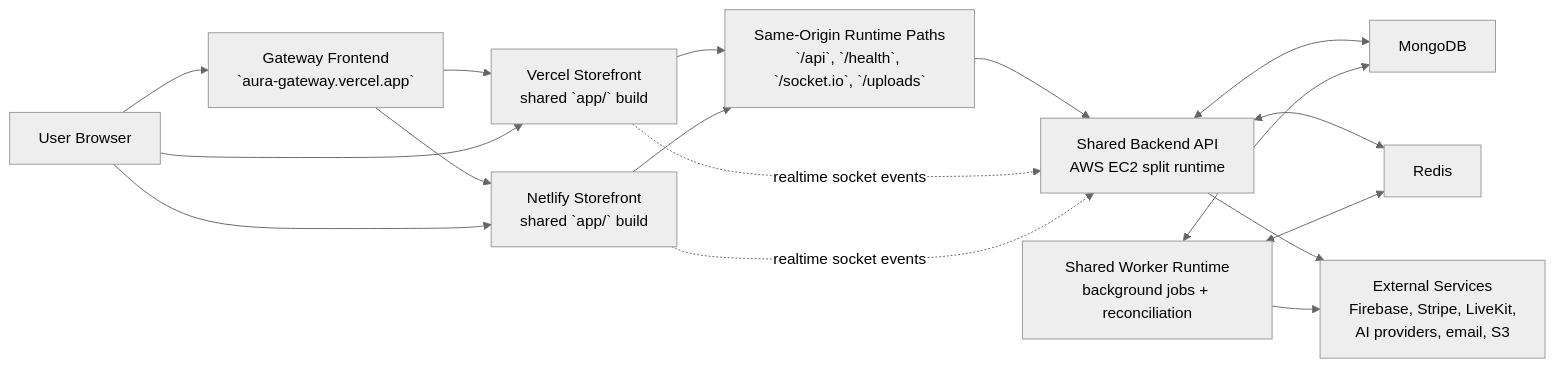
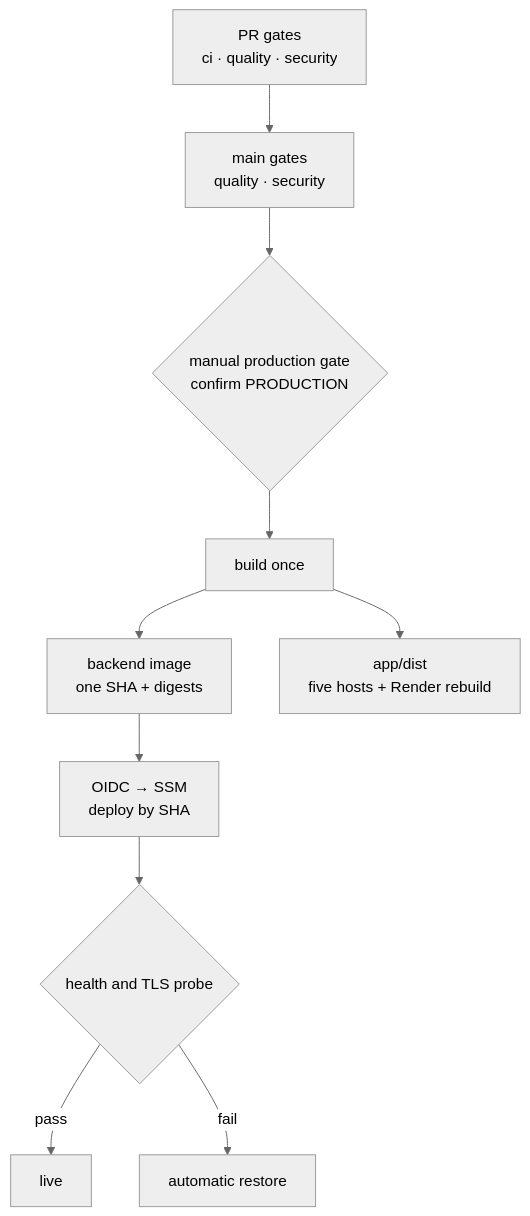
Before and after one commit to MdSaifulIslamMSI/Aura: the fourth of 4 diagrams in docs/system-architecture.md, drawn with Mermaid (neutral theme). The commit also changed other lines of this file and 4 other files, not shown here.

First line of the commit message:
docs: rebuild the production runtime map and architecture page (#723)

````diff
--- a/docs/system-architecture.md
+++ b/docs/system-architecture.md
@@ -86,34 +263,12 @@
 ```mermaid
-flowchart LR
-    User["User Browser"]
-    Gateway["Gateway Frontend<br/>`aura-gateway.vercel.app`"]
-    Vercel["Vercel Storefront<br/>shared `app/` build"]
-    Netlify["Netlify Storefront<br/>shared `app/` build"]
-    Proxy["Same-Origin Runtime Paths<br/>`/api`, `/health`, `/socket.io`, `/uploads`"]
-    Backend["Shared Backend API<br/>AWS EC2 split runtime"]
-    Worker["Shared Worker Runtime<br/>background jobs + reconciliation"]
-    Mongo["MongoDB"]
-    Redis["Redis"]
-    Services["External Services<br/>Firebase, Stripe, LiveKit,<br/>AI providers, email, S3"]
-
-    User --> Gateway
-    Gateway --> Vercel
-    Gateway --> Netlify
-
-    User --> Vercel
-    User --> Netlify
-
-    Vercel --> Proxy --> Backend
-    Netlify --> Proxy
-
-    Vercel -. realtime socket events .-> Backend
-    Netlify -. realtime socket events .-> Backend
-
-    Backend <--> Mongo
-    Backend <--> Redis
-    Worker <--> Mongo
-    Worker <--> Redis
-
-    Backend --> Services
-    Worker --> Services
+flowchart TD
+    PR["PR gates<br/>ci · quality · security"] --> Main["main gates<br/>quality · security"]
+    Main --> Gate{"manual production gate<br/>confirm PRODUCTION"}
+    Gate --> Build["build once"]
+    Build --> Image["backend image<br/>one SHA + digests"]
+    Build --> Artifact["app/dist<br/>five hosts + Render rebuild"]
+    Image --> Deploy["OIDC → SSM<br/>deploy by SHA"]
+    Deploy --> Probe{"health and TLS probe"}
+    Probe -->|pass| Live["live"]
+    Probe -->|fail| Restore["automatic restore"]
 ```
````
